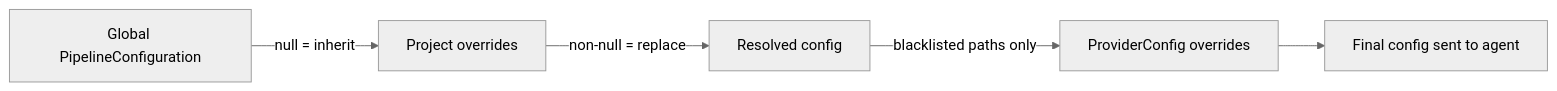
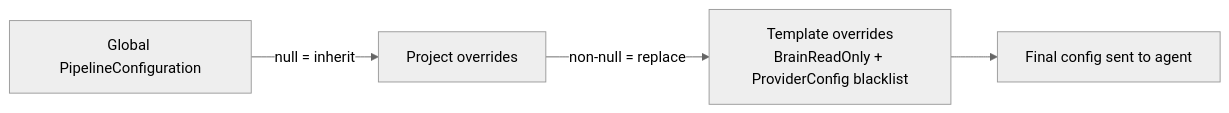
The first of 2 diagrams in docs/projects.md (Chemsorly/coding-agent-automation), drawn with Mermaid (neutral theme) before and after one commit. The commit also changed other lines of this file and 9 other files, not shown here.

````diff
--- a/docs/projects.md
+++ b/docs/projects.md
@@ -18,7 +18,6 @@
 ```mermaid
 flowchart LR
     A[Global PipelineConfiguration] -->|null = inherit| B[Project overrides]
-    B -->|non-null = replace| C[Resolved config]
-    C -->|blacklisted paths only| D[ProviderConfig overrides]
-    D --> E[Final config sent to agent]
+    B -->|non-null = replace| C[Template overrides<br/>BrainReadOnly + ProviderConfig blacklist]
+    C --> D[Final config sent to agent]
 ```
````
